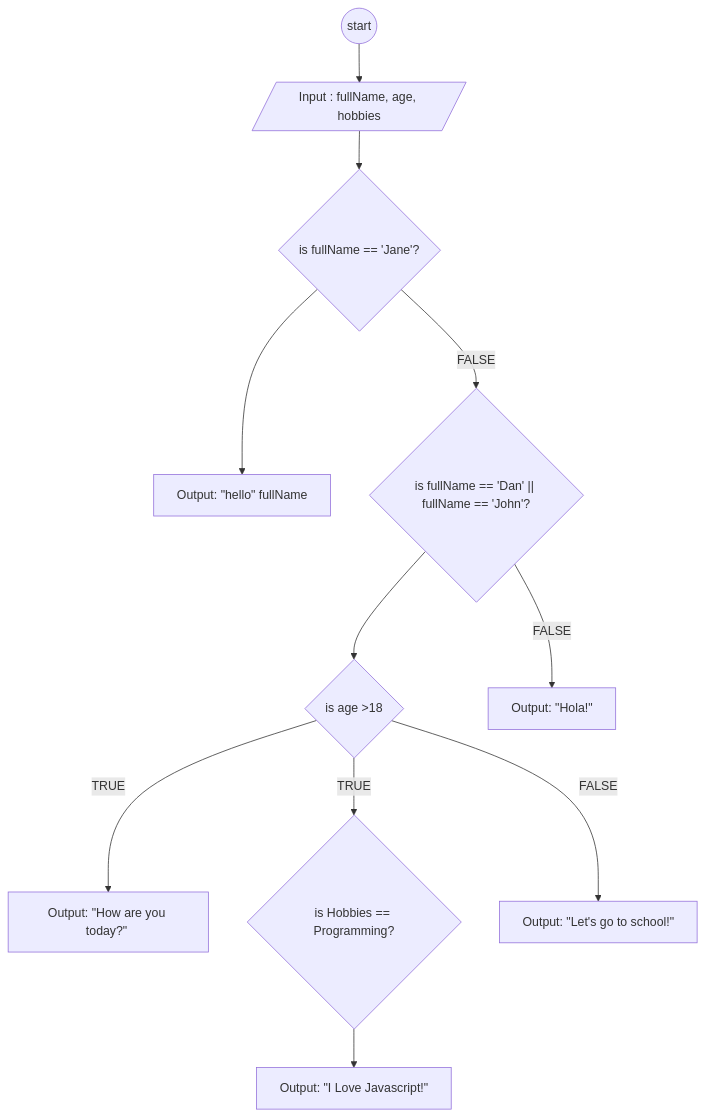
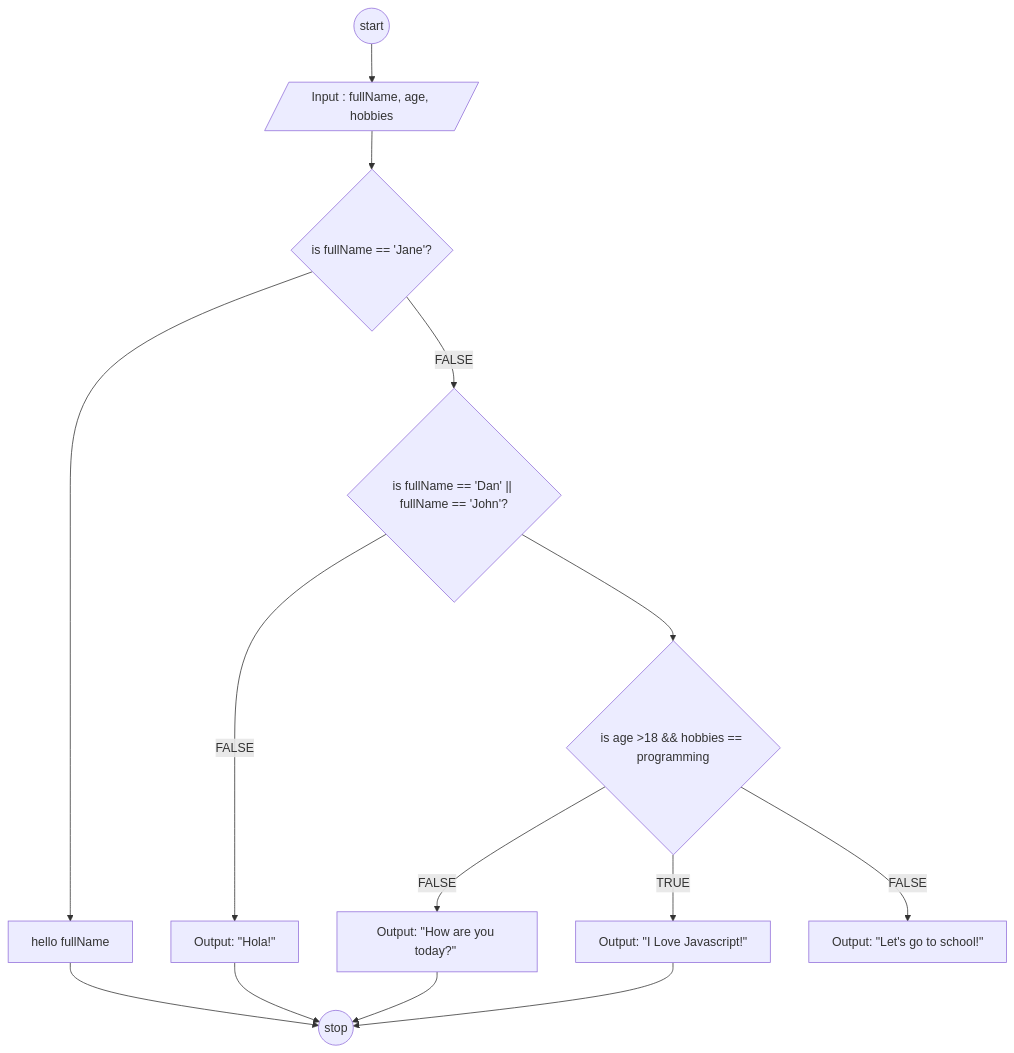
One commit to makarim22/koda-b6-javascript1 changed the diagram in flowchart-fullName.md. Above: the diagram before and after it, drawn with Mermaid.

````diff
--- a/flowchart-fullName.md
+++ b/flowchart-fullName.md
@@ -1,33 +1,38 @@
 ```mermaid
 flowchart TD
 A@{ shape: circle, label: "start"} --> B
 
 B@{ shape: lean-r, label: "Input : fullName, age, hobbies" } --> C
 
 C@{ shape: diamond, label: "is fullName == 'Jane'?" } --> D
 
 C -- FALSE --> E
 
-D@{ shape: rect, label: "Output: \"hello\" fullName "} 
+D@{ shape: rect, label: "hello fullName"} 
 
 E@{ shape: diamond, label: "is fullName == 'Dan' || fullName == 'John'?" } --> F
 
 E -- FALSE --> K
 
-F@{ shape: diamond, label: "is age >18"} --> |TRUE| G
+F@{ shape: diamond, label: "is age >18 && hobbies == programming"} --> |FALSE| G
 
-F -- TRUE --> I
-
-I@{ shape: diamond, label: "is Hobbies == Programming?" } --> J
+F -- TRUE --> J
 
 J@{ shape: rect, label: "Output: \"I Love Javascript!\" " }
 
 F -- FALSE --> H
 
 G@{ shape: rect, label: "Output: \"How are you today?\" " }
 
 H@{ shape: rect, label: "Output: \"Let's go to school!\" " } 
 
 K@{ shape: rect, label: "Output: \"Hola!\" " }
 
+Z@{ shape: circle, label: "stop" }
+
+
+D --> Z
+K --> Z
+G --> Z
+J --> Z
 ```
````
